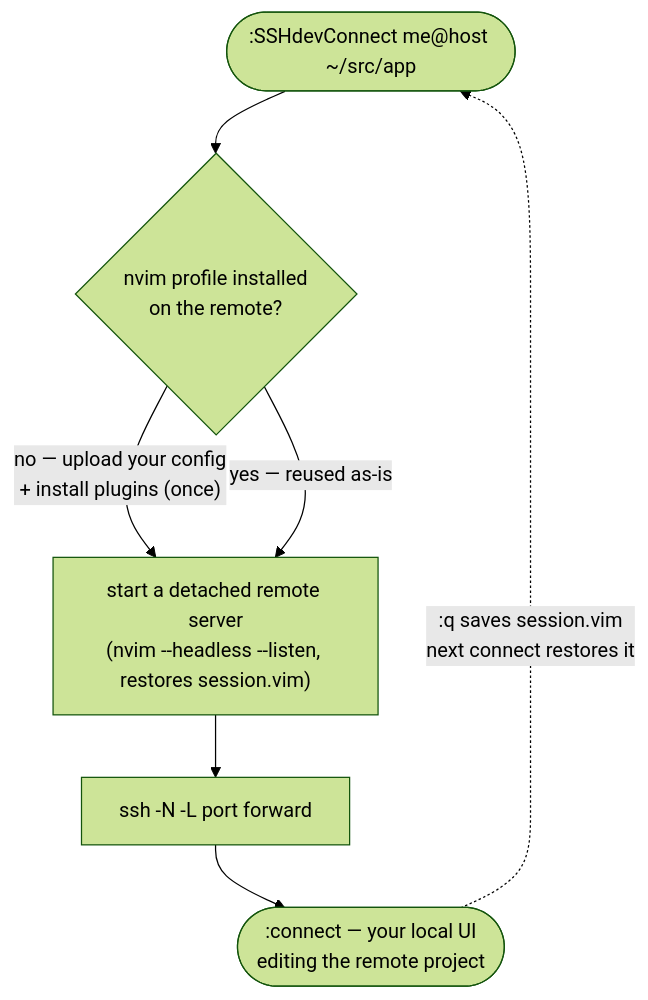
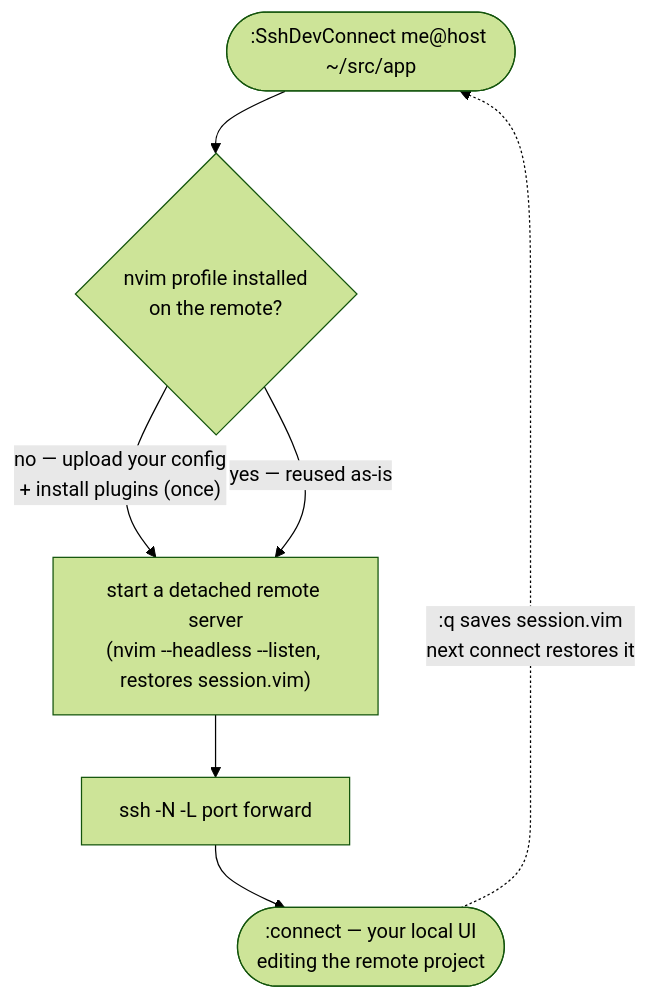
One commit to mistgc/sshdev.nvim changed the diagram in assets/how-it-works.mmd. Above: the diagram before and after it, drawn with Mermaid (forest theme). The commit also changed 13 other files, not shown here.

First line of the commit message:
refactor!: rename SSHdev* user commands to SshDev*

```diff
--- a/assets/how-it-works.mmd
+++ b/assets/how-it-works.mmd
@@ -1,7 +1,7 @@
 flowchart TD
-    Start([":SSHdevConnect me@host ~/src/app"]) --> Setup{"nvim profile installed<br/>on the remote?"}
+    Start([":SshDevConnect me@host ~/src/app"]) --> Setup{"nvim profile installed<br/>on the remote?"}
     Setup -->|"no — upload your config<br/>+ install plugins (once)"| Srv["start a detached remote server<br/>(nvim --headless --listen, restores session.vim)"]
     Setup -->|"yes — reused as-is"| Srv
     Srv --> Tunnel["ssh -N -L port forward"]
     Tunnel --> Edit([":connect — your local UI<br/>editing the remote project"])
     Edit -.->|":q saves session.vim<br/>next connect restores it"| Start
```
